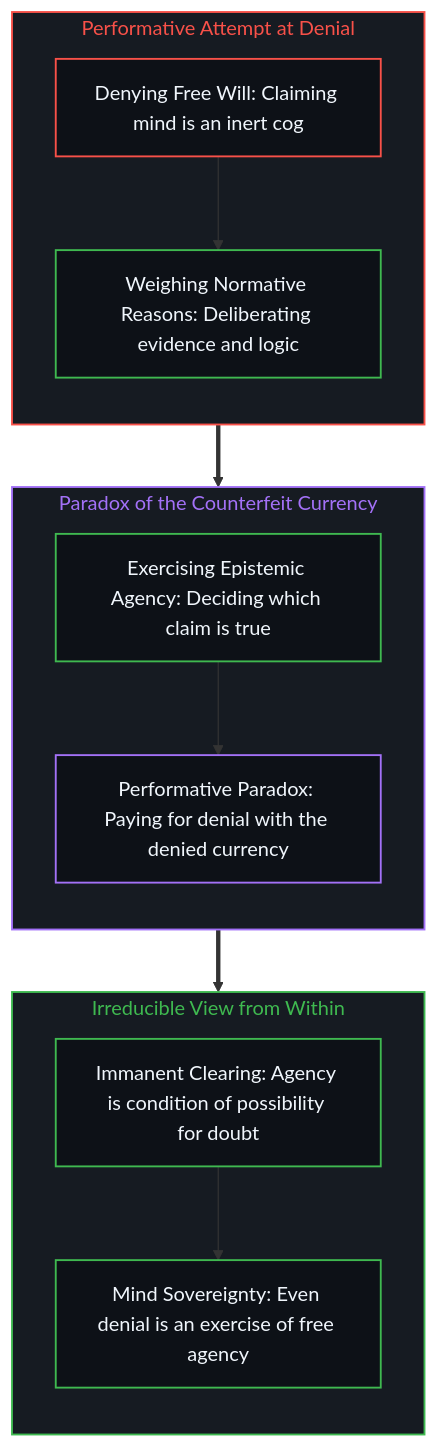
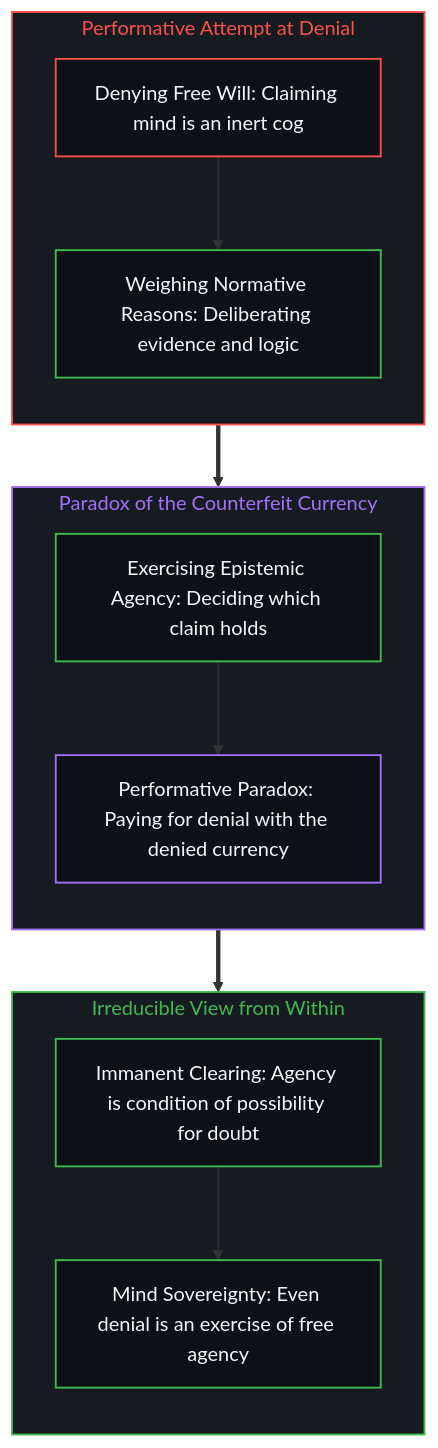
One commit to powerpig99/not-a-toe changed the fourth of 4 diagrams in content/posts/the-blind-spot-of-the-frame.md. Above: the diagram before and after it, drawn with Mermaid. The commit also changed other lines of this file and 6 other files, not shown here.

````diff
--- a/content/posts/the-blind-spot-of-the-frame.md
+++ b/content/posts/the-blind-spot-of-the-frame.md
@@ -167,37 +152,32 @@
 ```mermaid
 flowchart TD
     classDef default fill:#0d1117,stroke:#30363d,stroke-width:1px,color:#f0f6fc;
     classDef mind fill:#0d1117,stroke:#3fb950,stroke-width:1.5px,color:#f0f6fc;
     classDef warn fill:#0d1117,stroke:#d29922,stroke-width:1.5px,color:#f0f6fc;
     classDef fail fill:#0d1117,stroke:#f85149,stroke-width:1.5px,color:#f0f6fc;
     classDef model fill:#0d1117,stroke:#58a6ff,stroke-width:1.5px,color:#f0f6fc;
     classDef loop fill:#0d1117,stroke:#a371f7,stroke-width:1.5px,color:#f0f6fc;
-
     subgraph S_Denial ["Performative Attempt at Denial"]
         direction TB
         DenyClaim["Denying Free Will: Claiming mind is an inert cog"]:::fail
         NormativeWeighing["Weighing Normative Reasons: Deliberating evidence and logic"]:::mind
         DenyClaim --> NormativeWeighing
     end
-
     subgraph S_Currency ["Paradox of the Counterfeit Currency"]
         direction TB
-        EpistemicAgency["Exercising Epistemic Agency: Deciding which claim is true"]:::mind
+        EpistemicAgency["Exercising Epistemic Agency: Deciding which claim holds"]:::mind
         CounterfeitLoop["Performative Paradox: Paying for denial with the denied currency"]:::loop
         EpistemicAgency --> CounterfeitLoop
     end
-
     subgraph S_Irreducible ["Irreducible View from Within"]
         direction TB
         ImmanentGround["Immanent Clearing: Agency is condition of possibility for doubt"]:::mind
         Sovereignty["Mind Sovereignty: Even denial is an exercise of free agency"]:::mind
         ImmanentGround --> Sovereignty
     end
-
     S_Denial ==> S_Currency
     S_Currency ==> S_Irreducible
-
     style S_Denial fill:#161b22,stroke:#f85149,stroke-width:1.5px,color:#f85149
     style S_Currency fill:#161b22,stroke:#a371f7,stroke-width:1.5px,color:#a371f7
     style S_Irreducible fill:#161b22,stroke:#3fb950,stroke-width:1.5px,color:#3fb950
 ```
````
